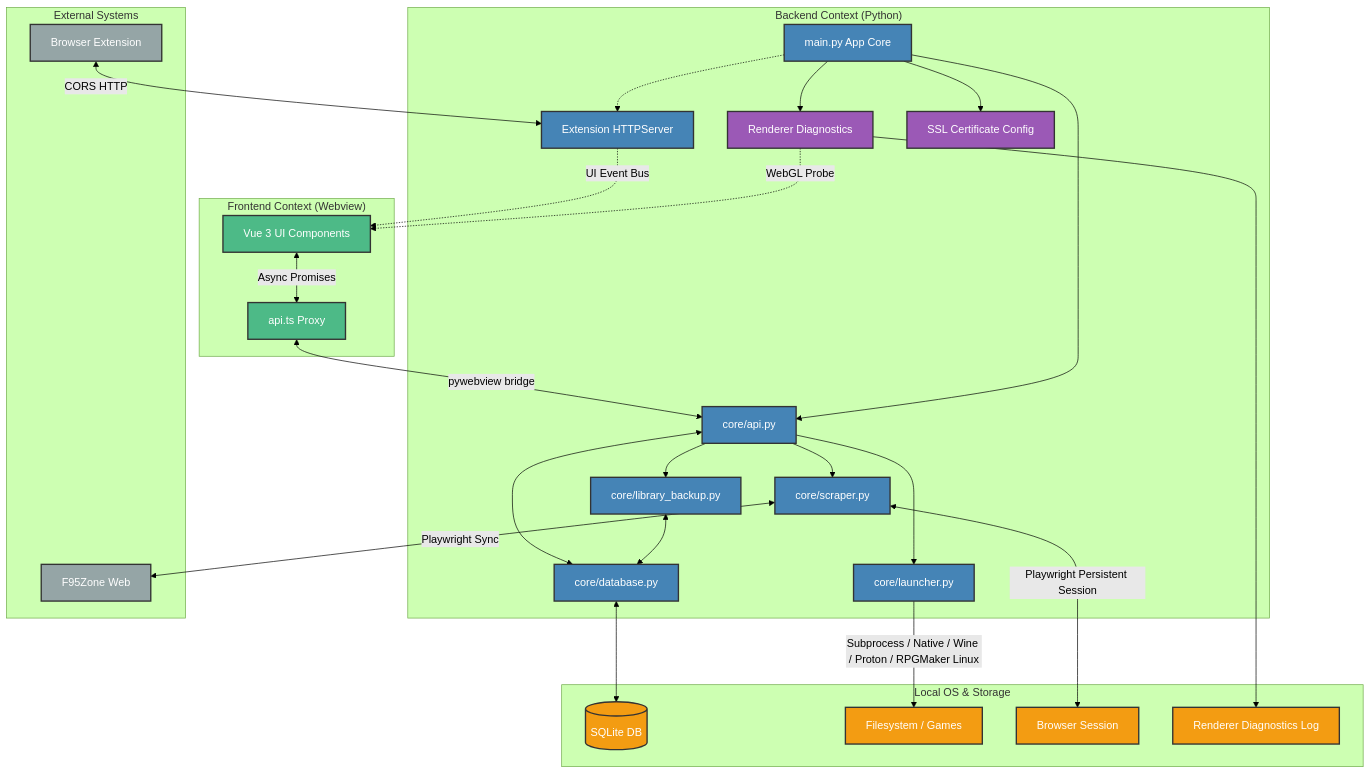
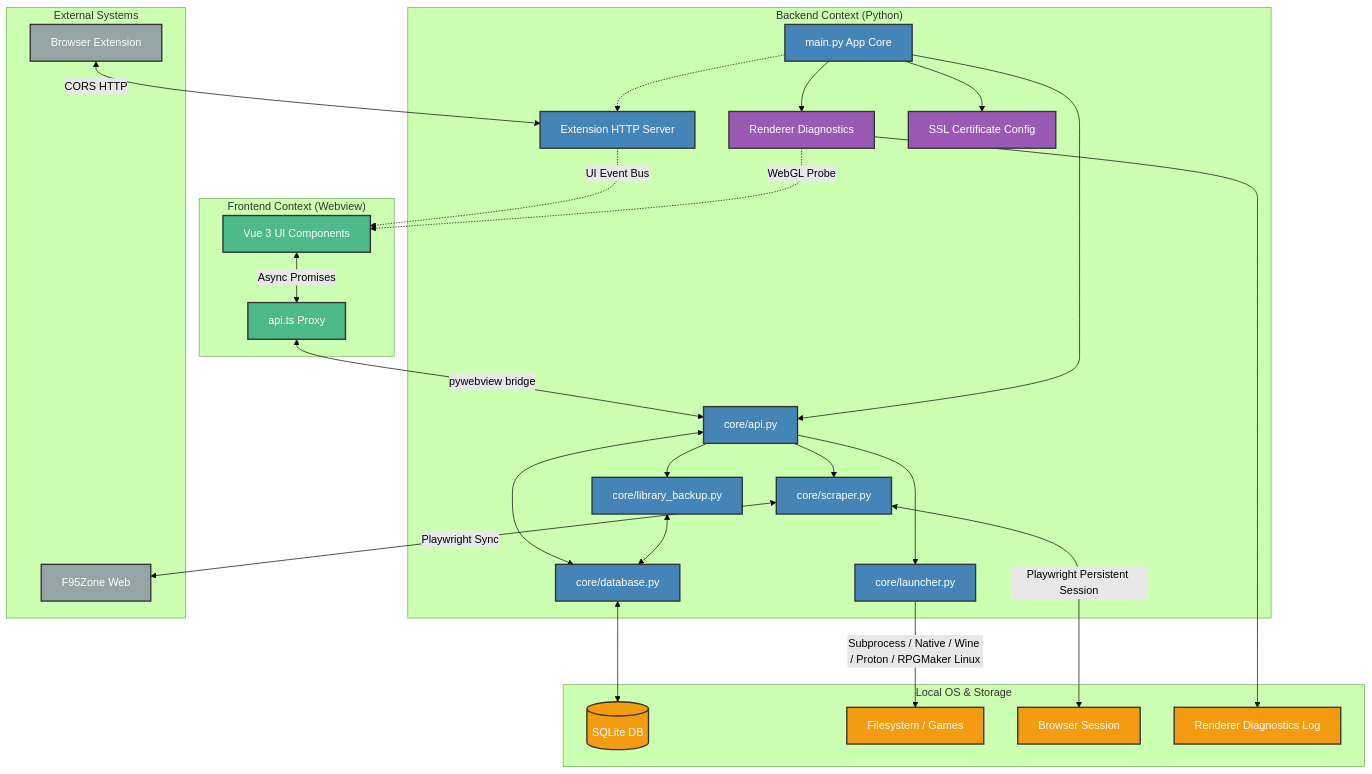
Before and after one commit to kirin-3/wLib: the diagram in docs/architecture.md, drawn with Mermaid (forest theme). The commit also changed other lines of this file and 9 other files, not shown here.

````diff
--- a/docs/architecture.md
+++ b/docs/architecture.md
@@ -7,64 +7,64 @@
 ```mermaid
 flowchart TD
     %% Define Styles
     classDef frontend fill:#4dba87,stroke:#333,stroke-width:2px,color:#fff;
     classDef backend fill:#4584b6,stroke:#333,stroke-width:2px,color:#fff;
     classDef storage fill:#f39c12,stroke:#333,stroke-width:2px,color:#fff;
     classDef external fill:#95a5a6,stroke:#333,stroke-width:2px,color:#fff;
     classDef diagnostics fill:#9b59b6,stroke:#333,stroke-width:2px,color:#fff;
 
     %% Components
     subgraph "Frontend Context (Webview)"
         UI[Vue 3 UI Components]:::frontend
         API_TS[api.ts Proxy]:::frontend
     end
 
     subgraph "Backend Context (Python)"
         MAIN[main.py App Core]:::backend
         API_PY[core/api.py]:::backend
         DB[core/database.py]:::backend
         BACKUP[core/library_backup.py]:::backend
         SCRAPER[core/scraper.py]:::backend
         LAUNCHER[core/launcher.py]:::backend
-        EXT_SERVER[Extension HTTPServer]:::backend
+        EXT_SERVER[Extension HTTP Server]:::backend
         RENDERER[Renderer Diagnostics]:::diagnostics
         SSL[SSL Certificate Config]:::diagnostics
     end
 
     subgraph "Local OS & Storage"
         SQLITE[(SQLite DB)]:::storage
         FS[Filesystem / Games]:::storage
         BROWSER_SESSION[Browser Session]:::storage
         DIAG_LOG[Renderer Diagnostics Log]:::storage
     end
 
     subgraph "External Systems"
         F95[F95Zone Web]:::external
         EXT[Browser Extension]:::external
     end
 
     %% Flow
     UI <-->|Async Promises| API_TS
     API_TS <-->|pywebview bridge| API_PY
     
     API_PY <--> DB
     API_PY --> BACKUP
     BACKUP <--> DB
     API_PY --> SCRAPER
     API_PY --> LAUNCHER
     MAIN --> API_PY
     MAIN -.-> EXT_SERVER
     MAIN --> RENDERER
     MAIN --> SSL
 
     DB <--> SQLITE
     SCRAPER <-->|Playwright Persistent Session| BROWSER_SESSION
     SCRAPER <-->|Playwright Sync| F95
     LAUNCHER -->|Subprocess / Native / Wine / Proton / RPGMaker Linux| FS
     
     EXT <-->|CORS HTTP| EXT_SERVER
     EXT_SERVER -.->|UI Event Bus| UI
     
     RENDERER --> DIAG_LOG
     RENDERER -.->|WebGL Probe| UI
 ```
````
